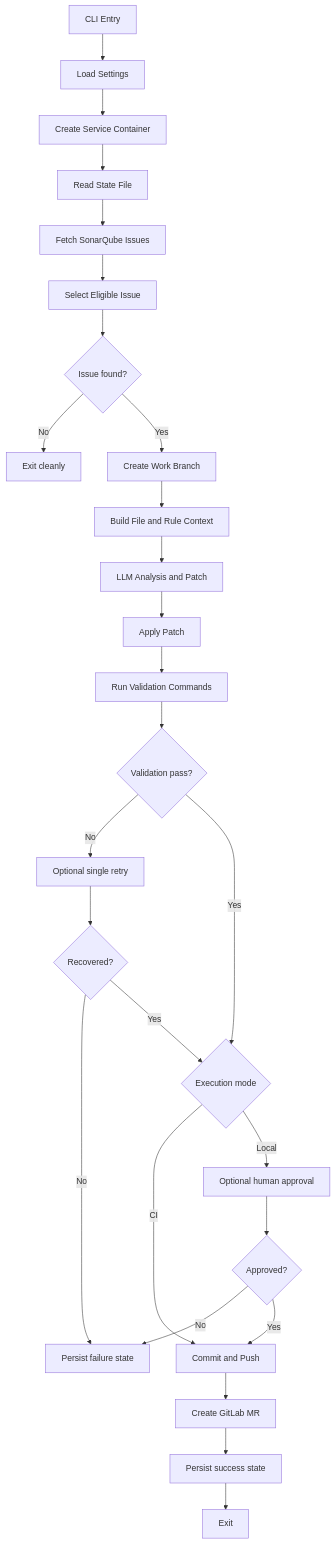
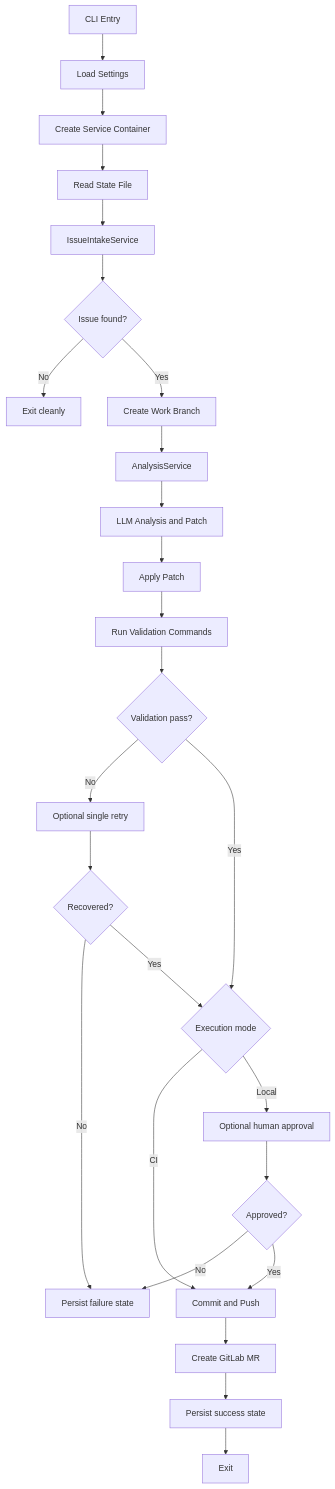
Before and after one commit to JustinMelger/ZeroOne-ops: the first of 2 diagrams in docs/technical-design.md, drawn with Mermaid. The commit also changed other lines of this file and 2 other files, not shown here.

````diff
--- a/docs/technical-design.md
+++ b/docs/technical-design.md
@@ -120,29 +121,28 @@
 ```mermaid
 flowchart TD
     A[CLI Entry] --> B[Load Settings]
     B --> C[Create Service Container]
     C --> D[Read State File]
-    D --> E[Fetch SonarQube Issues]
-    E --> F[Select Eligible Issue]
-    F --> G{Issue found?}
-    G -- No --> H[Exit cleanly]
-    G -- Yes --> I[Create Work Branch]
-    I --> J[Build File and Rule Context]
+    D --> E[IssueIntakeService]
+    E --> F{Issue found?}
+    F -- No --> H[Exit cleanly]
+    F -- Yes --> I[Create Work Branch]
+    I --> J[AnalysisService]
     J --> K[LLM Analysis and Patch]
     K --> L[Apply Patch]
     L --> M[Run Validation Commands]
     M --> N{Validation pass?}
     N -- No --> O[Optional single retry]
     O --> P{Recovered?}
     P -- No --> Q[Persist failure state]
     N -- Yes --> R{Execution mode}
     P -- Yes --> R
     R -- CI --> U[Commit and Push]
     R -- Local --> S[Optional human approval]
     S --> T{Approved?}
     T -- No --> Q
     T -- Yes --> U
     U --> V[Create GitLab MR]
     V --> W[Persist success state]
     W --> X[Exit]
 ```
````
